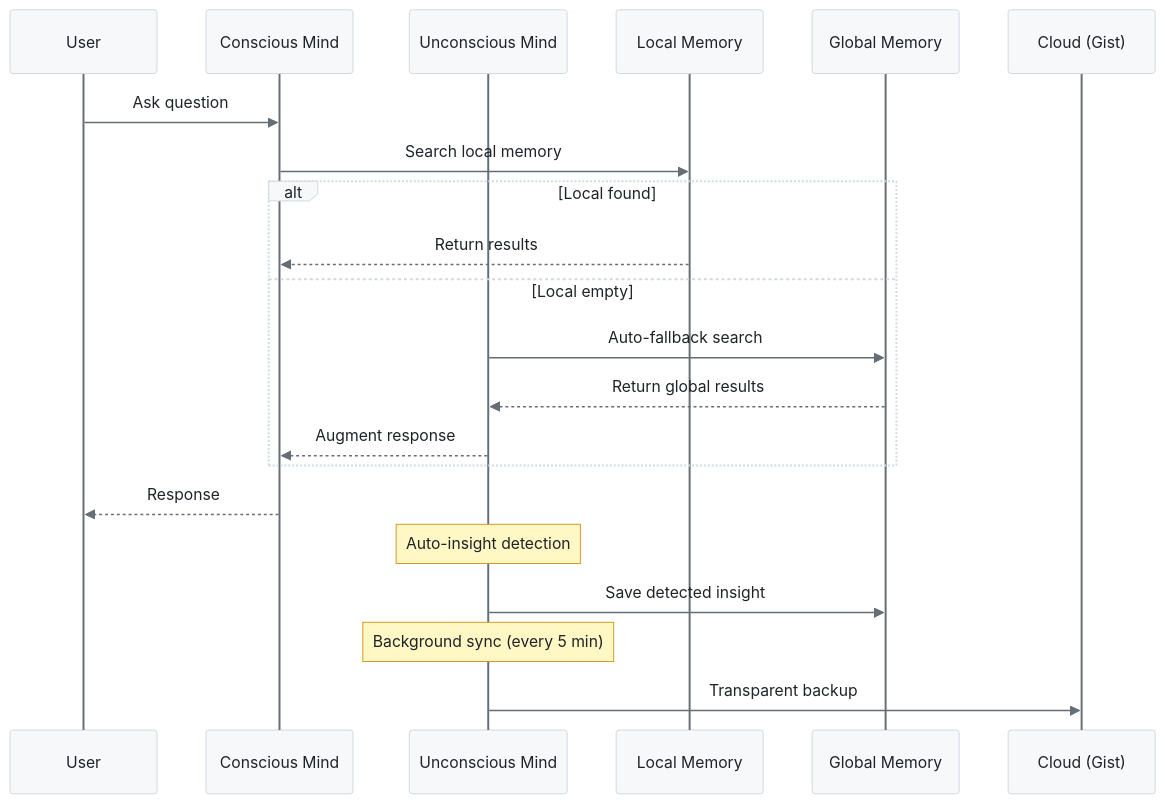
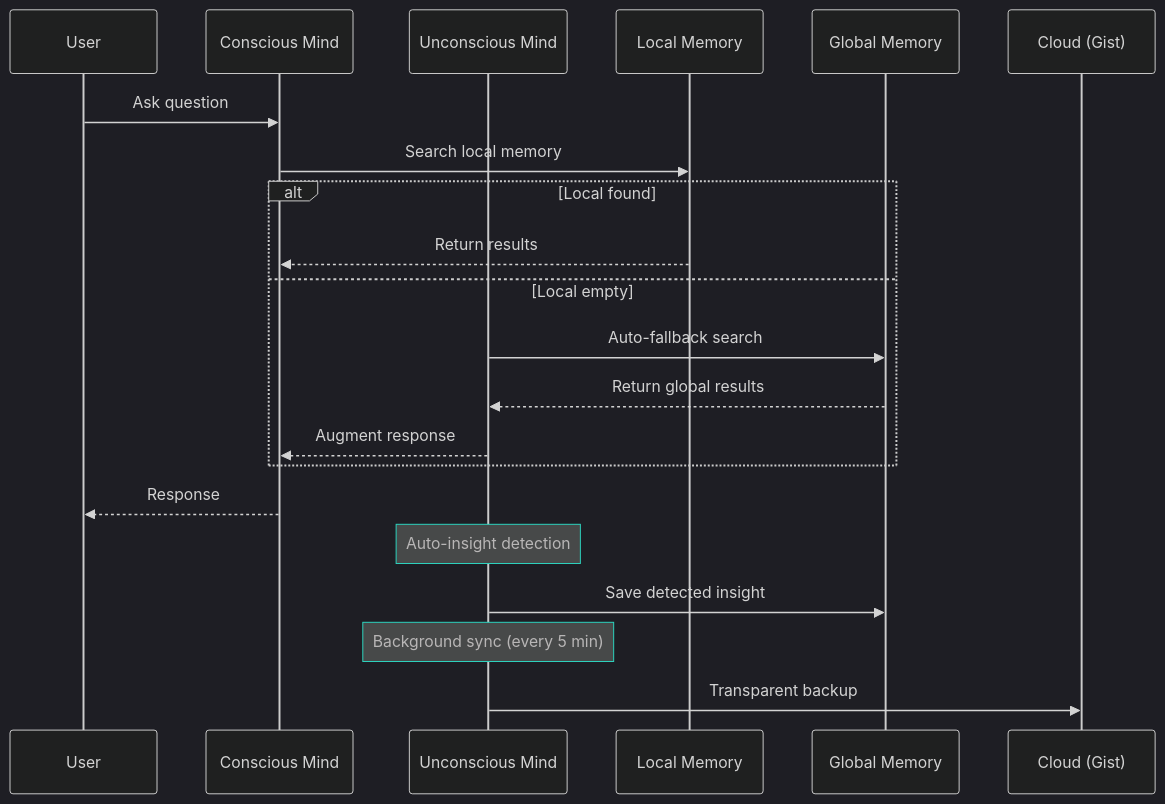
Before and after one commit to fabioc-aloha/Alex_Plug_In: the fifth of 7 diagrams in alex_docs/architecture/COGNITIVE-ARCHITECTURE.md, drawn with Mermaid. The commit also changed other lines of this file and 13 other files, not shown here.

Commit message:
brand(M4.8-4.10): mermaid theme snippet + inject CorreaX theme into arch diagrams + standardize badge colors

````diff
--- a/alex_docs/architecture/COGNITIVE-ARCHITECTURE.md
+++ b/alex_docs/architecture/COGNITIVE-ARCHITECTURE.md
@@ -252,29 +252,29 @@
 ```mermaid
-%%{init: {'theme': 'base', 'themeVariables': { 'primaryColor': '#f6f8fa', 'primaryTextColor': '#1f2328', 'primaryBorderColor': '#d1d9e0', 'lineColor': '#656d76', 'secondaryColor': '#f6f8fa', 'tertiaryColor': '#ffffff', 'background': '#ffffff', 'mainBkg': '#f6f8fa', 'nodeBorder': '#d1d9e0', 'actorBkg': '#f6f8fa', 'actorBorder': '#d1d9e0', 'actorTextColor': '#1f2328', 'actorLineColor': '#656d76', 'signalColor': '#656d76', 'signalTextColor': '#1f2328', 'labelBoxBkgColor': '#f6f8fa', 'labelBoxBorderColor': '#d1d9e0', 'labelTextColor': '#1f2328', 'loopTextColor': '#1f2328', 'noteBkgColor': '#fff8c5', 'noteBorderColor': '#d29922', 'noteTextColor': '#1f2328', 'sequenceNumberColor': '#ffffff'}}}%%
+%%{init: {'theme': 'dark', 'themeVariables': {'background': '#0f172a', 'primaryColor': '#1e293b', 'primaryTextColor': '#f1f5f9', 'primaryBorderColor': '#818cf8', 'lineColor': '#475569', 'secondaryColor': '#1e293b', 'secondaryBorderColor': '#2dd4bf', 'tertiaryColor': '#1e293b', 'fontFamily': 'Segoe UI, system-ui, sans-serif'}}}%%
 sequenceDiagram
     participant User
     participant Conscious as Conscious Mind
     participant Unconscious as Unconscious Mind
     participant Local as Local Memory
     participant Global as Global Memory
     participant Cloud as Cloud (Gist)
 
     User->>Conscious: Ask question
     Conscious->>Local: Search local memory
 
     alt Local found
         Local-->>Conscious: Return results
     else Local empty
         Unconscious->>Global: Auto-fallback search
         Global-->>Unconscious: Return global results
         Unconscious-->>Conscious: Augment response
     end
 
     Conscious-->>User: Response
 
     Note over Unconscious: Auto-insight detection
     Unconscious->>Global: Save detected insight
 
     Note over Unconscious: Background sync (every 5 min)
     Unconscious->>Cloud: Transparent backup
 ```
````
